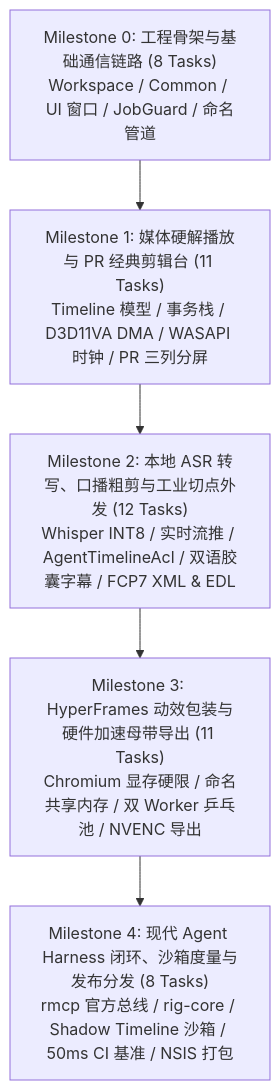
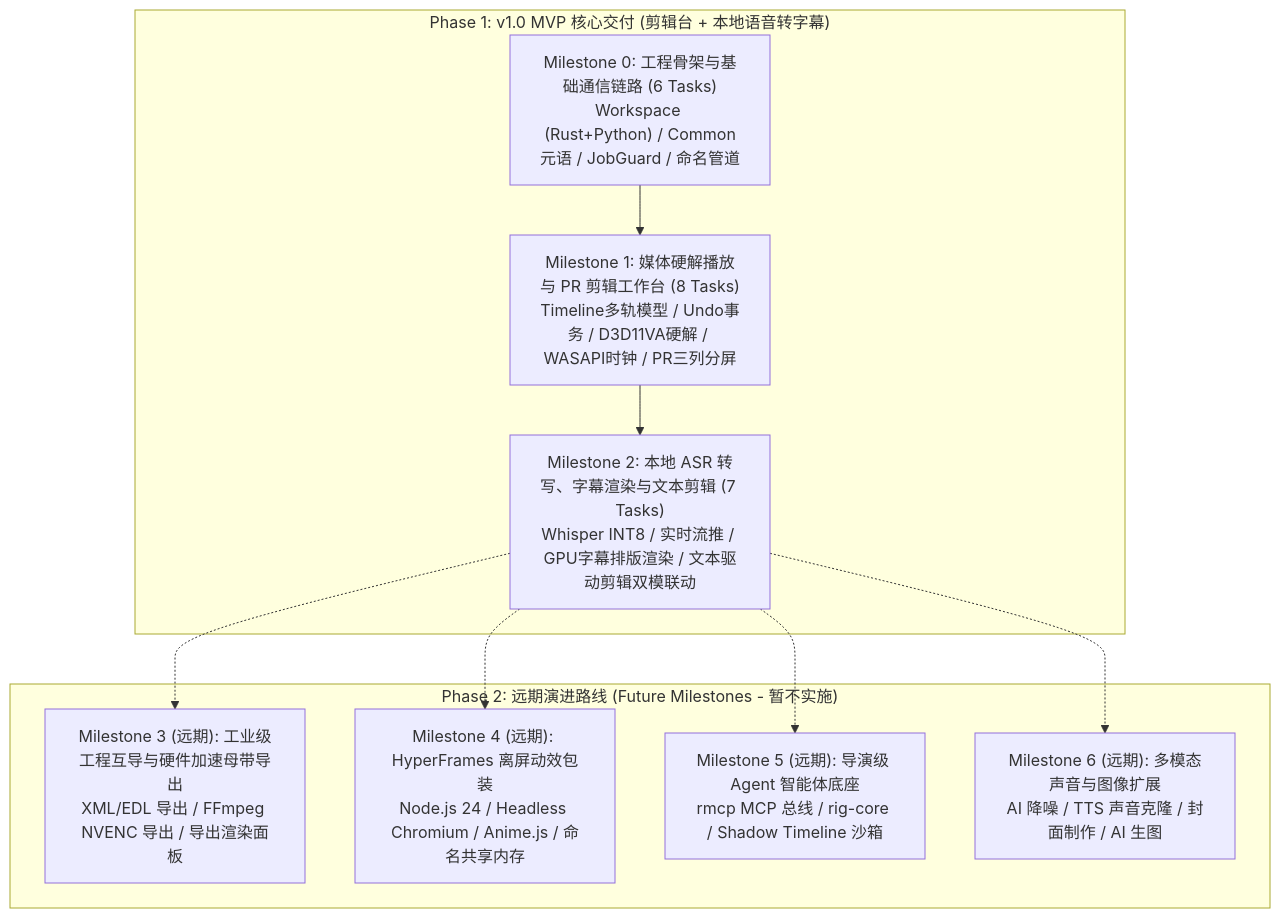
One commit to qiuku2022/ClipFlow changed the diagram in docs/roadmap.md. Above: the diagram before and after it, drawn with Mermaid. The commit also changed other lines of this file and 1 other file, not shown here.

First line of the commit message:
docs: 重构研发路线图聚焦 v1.0 剪辑台与语音转字幕

````diff
--- a/docs/roadmap.md
+++ b/docs/roadmap.md
@@ -24,10 +24,20 @@
 ```mermaid
 flowchart TD
-    M0["Milestone 0: 工程骨架与基础通信链路 (8 Tasks)\nWorkspace / Common / UI 窗口 / JobGuard / 命名管道"]
-    M1["Milestone 1: 媒体硬解播放与 PR 经典剪辑台 (11 Tasks)\nTimeline 模型 / 事务栈 / D3D11VA DMA / WASAPI 时钟 / PR 三列分屏"]
-    M2["Milestone 2: 本地 ASR 转写、口播粗剪与工业切点外发 (12 Tasks)\nWhisper INT8 / 实时流推 / AgentTimelineAcl / 双语胶囊字幕 / FCP7 XML & EDL"]
-    M3["Milestone 3: HyperFrames 动效包装与硬件加速母带导出 (11 Tasks)\nChromium 显存硬限 / 命名共享内存 / 双 Worker 乒乓池 / NVENC 导出"]
-    M4["Milestone 4: 现代 Agent Harness 闭环、沙箱度量与发布分发 (8 Tasks)\nrmcp 官方总线 / rig-core / Shadow Timeline 沙箱 / 50ms CI 基准 / NSIS 打包"]
+    subgraph Phase1["Phase 1: v1.0 MVP 核心交付 (剪辑台 + 本地语音转字幕)"]
+        M0["Milestone 0: 工程骨架与基础通信链路 (6 Tasks)\nWorkspace (Rust+Python) / Common元语 / JobGuard / 命名管道"]
+        M1["Milestone 1: 媒体硬解播放与 PR 剪辑工作台 (8 Tasks)\nTimeline多轨模型 / Undo事务 / D3D11VA硬解 / WASAPI时钟 / PR三列分屏"]
+        M2["Milestone 2: 本地 ASR 转写、字幕渲染与文本剪辑 (7 Tasks)\nWhisper INT8 / 实时流推 / GPU字幕排版渲染 / 文本驱动剪辑双模联动"]
+        M0 --> M1 --> M2
+    end
 
-    M0 --> M1 --> M2 --> M3 --> M4
+    subgraph Phase2["Phase 2: 远期演进路线 (Future Milestones - 暂不实施)"]
+        M3["Milestone 3 (远期): 工业级工程互导与硬件加速母带导出\nXML/EDL 导出 / FFmpeg NVENC 导出 / 导出渲染面板"]
+        M4["Milestone 4 (远期): HyperFrames 离屏动效包装\nNode.js 24 / Headless Chromium / Anime.js / 命名共享内存"]
+        M5["Milestone 5 (远期): 导演级 Agent 智能体底座\nrmcp MCP 总线 / rig-core / Shadow Timeline 沙箱"]
+        M6["Milestone 6 (远期): 多模态声音与图像扩展\nAI 降噪 / TTS 声音克隆 / 封面制作 / AI 生图"]
+        M2 -.-> M3
+        M2 -.-> M4
+        M2 -.-> M5
+        M2 -.-> M6
+    end
 ```
````
